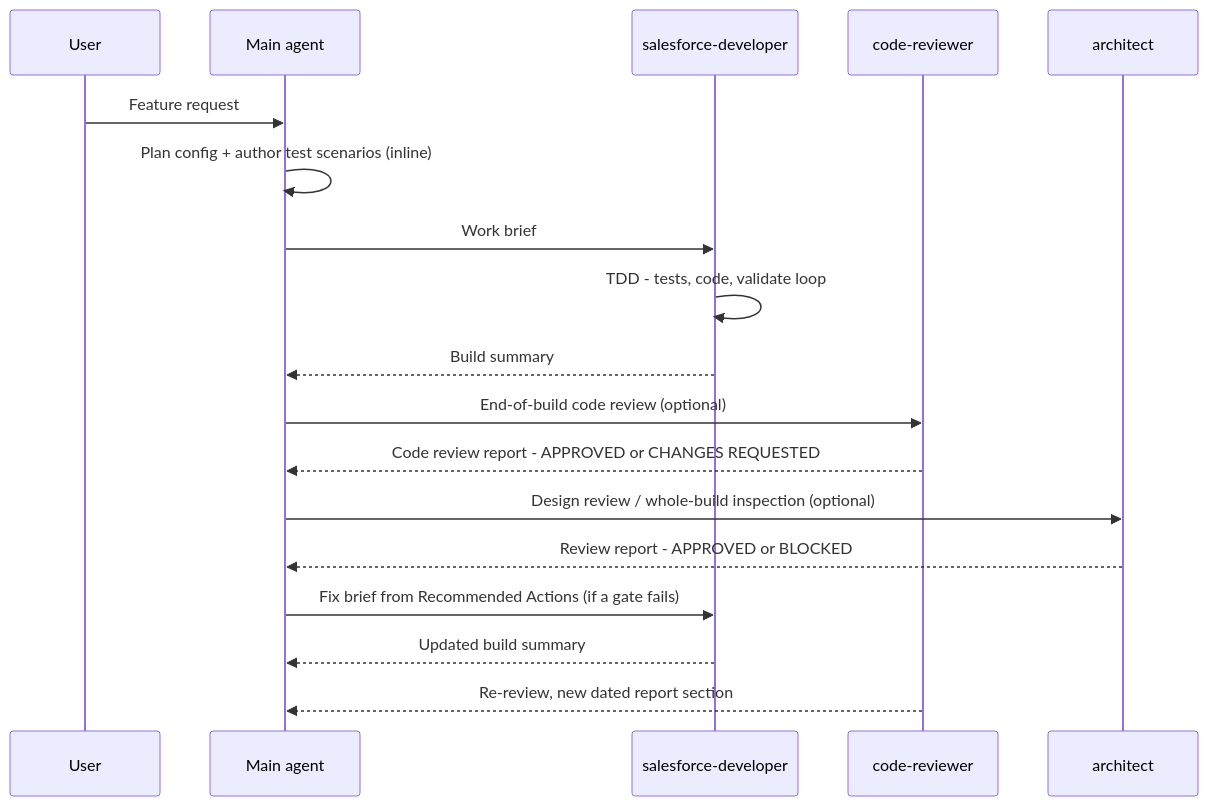
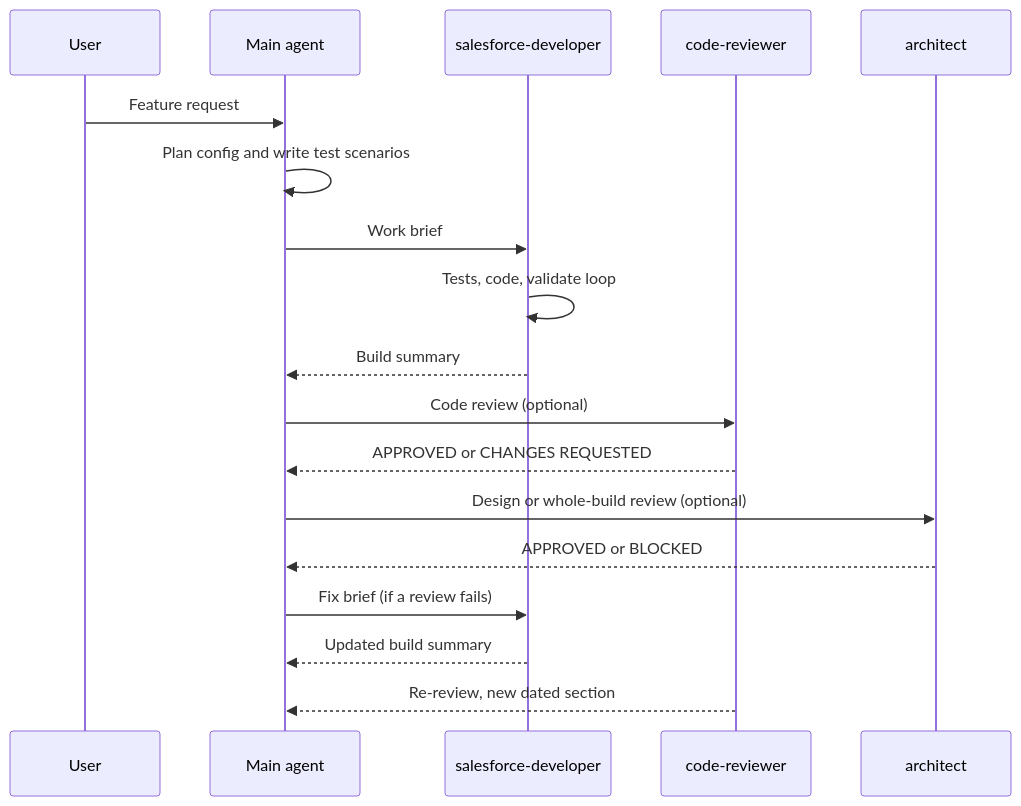
The diagram in README.md (drsaavedra/sf-agentic-development), drawn with Mermaid before and after one commit. The commit also changed other lines of this file and 45 other files, not shown here.

````diff
--- a/README.md
+++ b/README.md
@@ -290,20 +165,20 @@
 ```mermaid
 sequenceDiagram
     participant U as User
     participant M as Main agent
     participant D as salesforce-developer
     participant R as code-reviewer
     participant A as architect
     U->>M: Feature request
-    M->>M: Plan config + author test scenarios (inline)
+    M->>M: Plan config and write test scenarios
     M->>D: Work brief
-    D->>D: TDD - tests, code, validate loop
+    D->>D: Tests, code, validate loop
     D-->>M: Build summary
-    M->>R: End-of-build code review (optional)
-    R-->>M: Code review report - APPROVED or CHANGES REQUESTED
-    M->>A: Design review / whole-build inspection (optional)
-    A-->>M: Review report - APPROVED or BLOCKED
-    M->>D: Fix brief from Recommended Actions (if a gate fails)
+    M->>R: Code review (optional)
+    R-->>M: APPROVED or CHANGES REQUESTED
+    M->>A: Design or whole-build review (optional)
+    A-->>M: APPROVED or BLOCKED
+    M->>D: Fix brief (if a review fails)
     D-->>M: Updated build summary
-    R-->>M: Re-review, new dated report section
+    R-->>M: Re-review, new dated section
 ```
````
